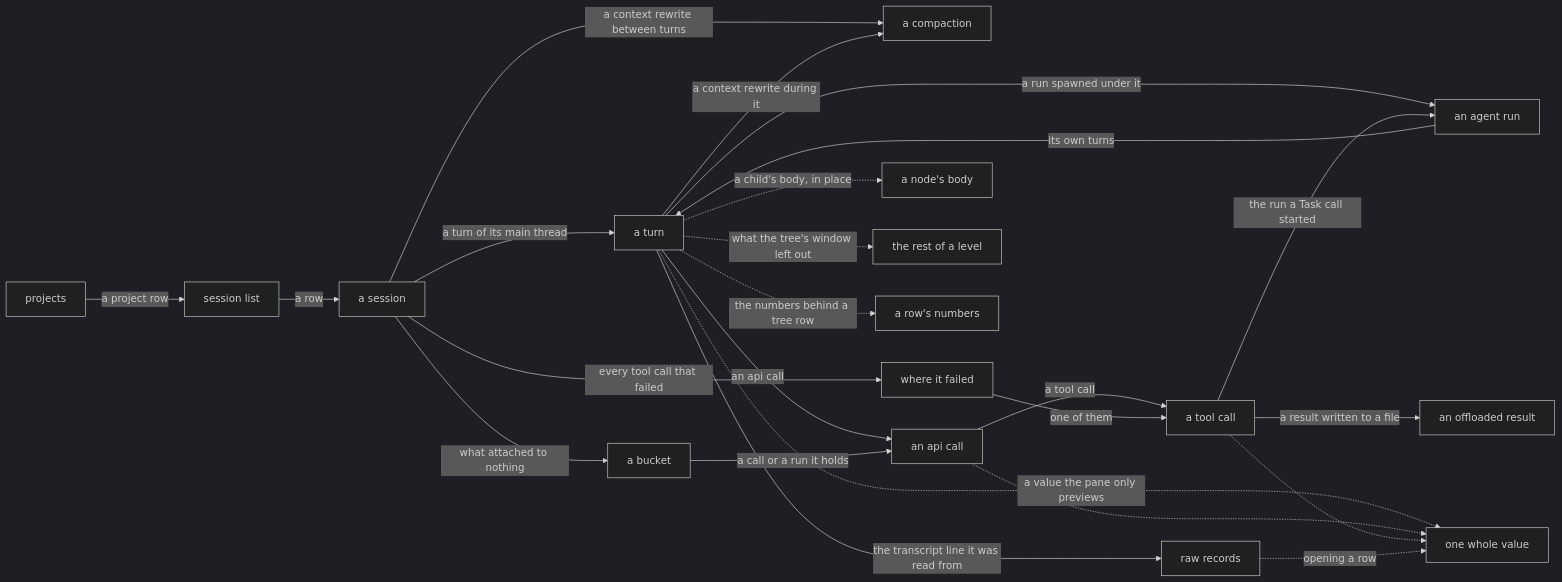
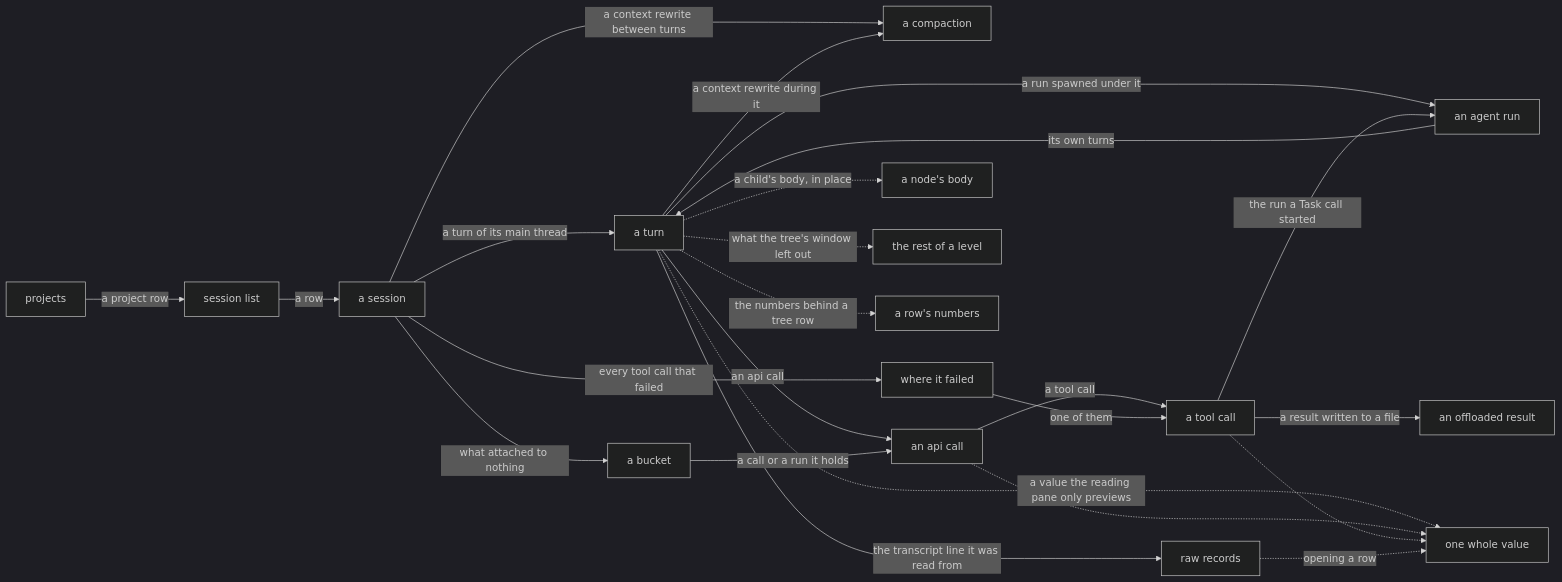
Before and after one commit to nathanielobrown/aiobserve: the diagram in docs/viewer.md, drawn with Mermaid (dark theme). The commit also changed other lines of this file and 11 other files, not shown here.

First line of the commit message:
🧹 Names the right column the reading pane and the macro that renders a body

````diff
--- a/docs/viewer.md
+++ b/docs/viewer.md
@@ -9,26 +9,26 @@
 ```mermaid
 flowchart LR
     projects["projects"] -->|"a project row"| session_list["session list"]
     session_list -->|"a row"| session["a session"]
     session -->|"a turn of its main thread"| turn["a turn"]
     session -->|"a context rewrite between turns"| compaction["a compaction"]
     turn -->|"a context rewrite during it"| compaction
     session -->|"what attached to nothing"| bucket["a bucket"]
     turn -->|"an api call"| api_call["an api call"]
     turn -->|"a run spawned under it"| run["an agent run"]
     api_call -->|"a tool call"| tool["a tool call"]
     tool -->|"the run a Task call started"| run
     run -->|"its own turns"| turn
     session -->|"every tool call that failed"| errors["where it failed"]
     errors -->|"one of them"| tool
     bucket -->|"a call or a run it holds"| api_call
     turn -->|"the transcript line it was read from"| records["raw records"]
     tool -->|"a result written to a file"| offload["an offloaded result"]
-    turn -.->|"a value the pane only previews"| value["one whole value"]
+    turn -.->|"a value the reading pane only previews"| value["one whole value"]
     api_call -.-> value
     tool -.-> value
     records -.->|"opening a row"| value
     turn -.->|"a child's body, in place"| body["a node's body"]
     turn -.->|"what the tree's window left out"| kin["the rest of a level"]
     turn -.->|"the numbers behind a tree row"| numbers["a row's numbers"]
 ```
````
